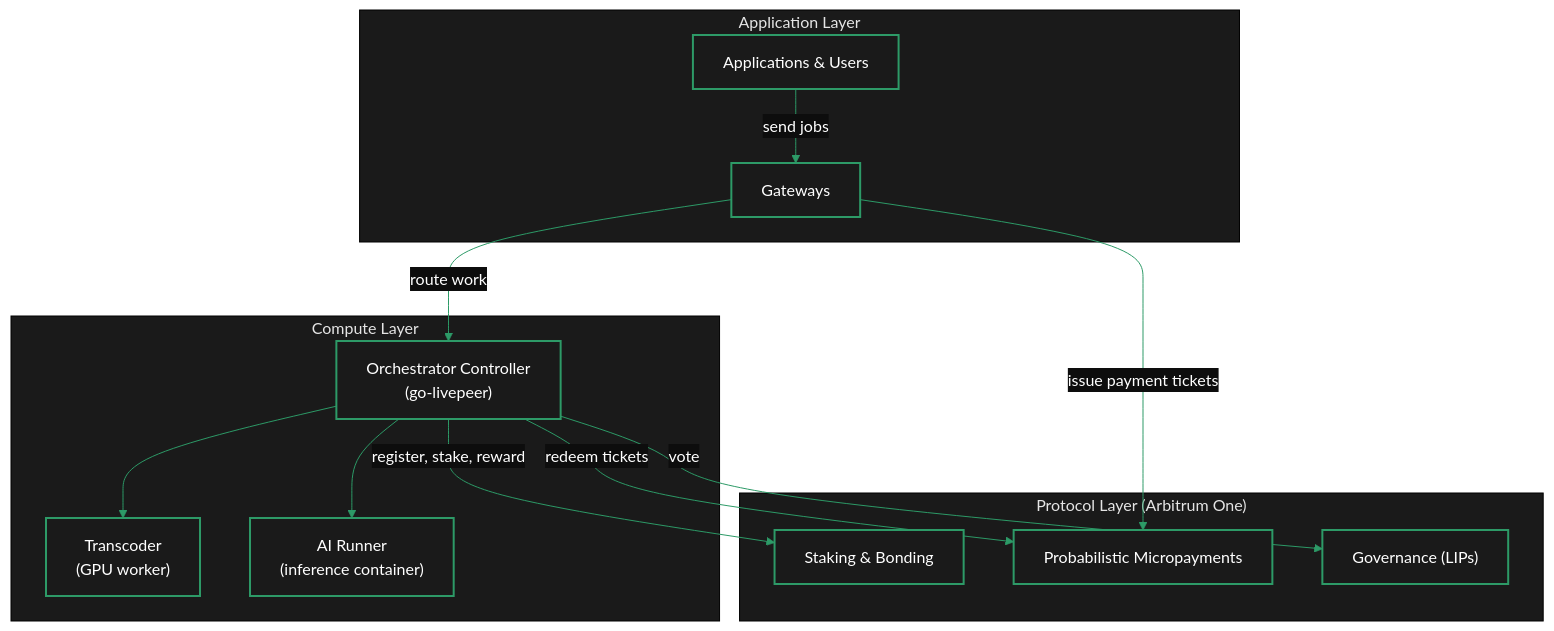
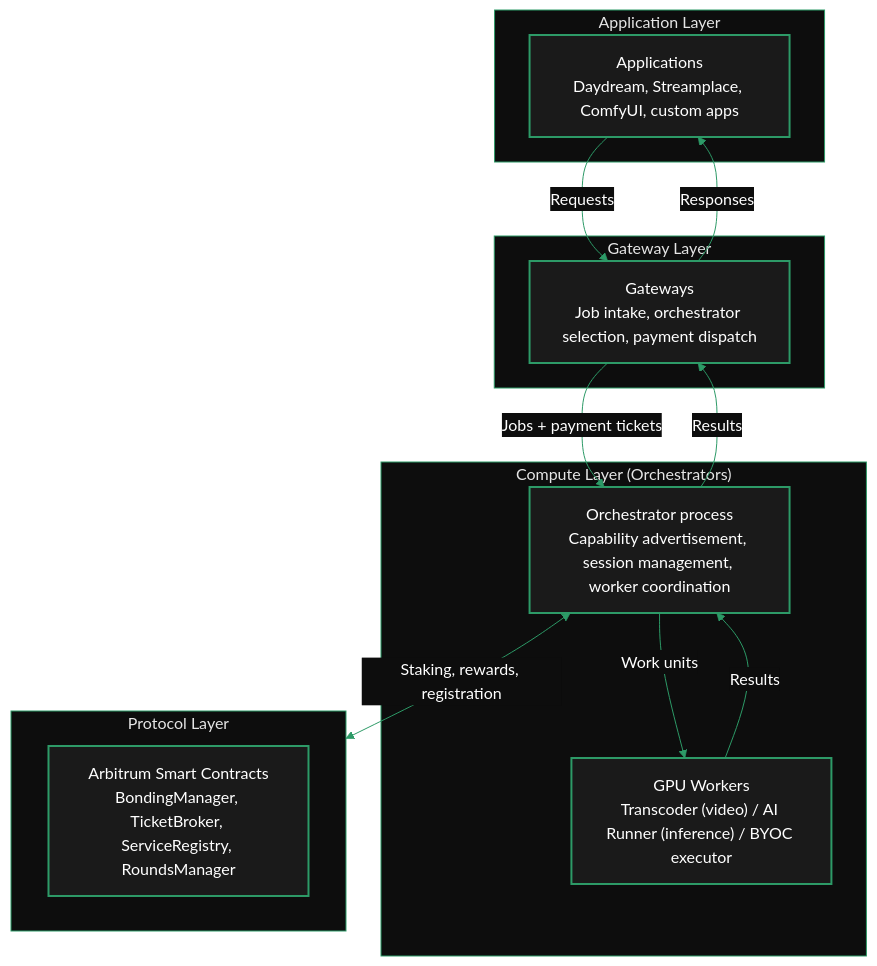
Before and after one commit to sidestream-tech/livepeer-docs: the first of 3 diagrams in v2/orchestrators/concepts/architecture.mdx, drawn with Mermaid. The commit also changed other lines of this file and 57 other files, not shown here.

````diff
--- a/v2/orchestrators/concepts/architecture.mdx
+++ b/v2/orchestrators/concepts/architecture.mdx
@@ -42,31 +72,31 @@
 ```mermaid
-%%{init: {'theme': 'base', 'themeVariables': { 'primaryColor': '#1a1a1a', 'primaryTextColor': '#fff', 'primaryBorderColor': '#2d9a67', 'lineColor': '#2d9a67', 'secondaryColor': '#0d0d0d', 'tertiaryColor': '#1a1a1a', 'background': '#0d0d0d' }}}%%
-flowchart TB
-    classDef default stroke-width:2px
-
-    subgraph Application["Application Layer"]
-        Apps["Applications & Users"]
-        GW["Gateways"]
+%%{init: {'theme': 'base', 'themeVariables': { 'primaryColor': '#1a1a1a', 'primaryTextColor': '#fff', 'primaryBorderColor': '#2d9a67', 'lineColor': '#2d9a67', 'secondaryColor': '#0d0d0d', 'tertiaryColor': '#1a1a1a', 'background': '#0d0d0d', 'fontFamily': 'system-ui' }}}%%
+graph TB
+    subgraph APP["Application Layer"]
+        A["Applications\nDaydream, Streamplace, ComfyUI, custom apps"]
+    end
+    subgraph GW["Gateway Layer"]
+        B["Gateways\nJob intake, orchestrator selection, payment dispatch"]
+    end
+    subgraph ORC["Compute Layer (Orchestrators)"]
+        C["Orchestrator process\nCapability advertisement, session management, worker coordination"]
+        D["GPU Workers\nTranscoder (video) / AI Runner (inference) / BYOC executor"]
+    end
+    subgraph PROTO["Protocol Layer"]
+        E["Arbitrum Smart Contracts\nBondingManager, TicketBroker, ServiceRegistry, RoundsManager"]
     end
 
-    subgraph Compute["Compute Layer"]
-        OC["Orchestrator Controller\n(go-livepeer)"]
-        TR["Transcoder\n(GPU worker)"]
-        AI["AI Runner\n(inference container)"]
-    end
+    A -->|Requests| B
+    B -->|Jobs + payment tickets| C
+    C -->|Work units| D
+    D -->|Results| C
+    C -->|Results| B
+    B -->|Responses| A
+    C <-->|Staking, rewards, registration| PROTO
 
-    subgraph Protocol["Protocol Layer (Arbitrum One)"]
-        Staking["Staking & Bonding"]
-        Payments["Probabilistic Micropayments"]
-        Governance["Governance (LIPs)"]
-    end
-
-    Apps -->|"send jobs"| GW
-    GW -->|"route work"| OC
-    OC --> TR
-    OC --> AI
-    OC -->|"register, stake, reward"| Staking
-    GW -->|"issue payment tickets"| Payments
-    OC -->|"redeem tickets"| Payments
-    OC -->|"vote"| Governance
+    classDef default fill:#1a1a1a,color:#fff,stroke:#2d9a67,stroke-width:2px
+    style APP fill:#0d0d0d,stroke:#2d9a67,stroke-width:1px
+    style GW fill:#0d0d0d,stroke:#2d9a67,stroke-width:1px
+    style ORC fill:#0d0d0d,stroke:#2d9a67,stroke-width:1px
+    style PROTO fill:#0d0d0d,stroke:#2d9a67,stroke-width:1px
 ```
````
